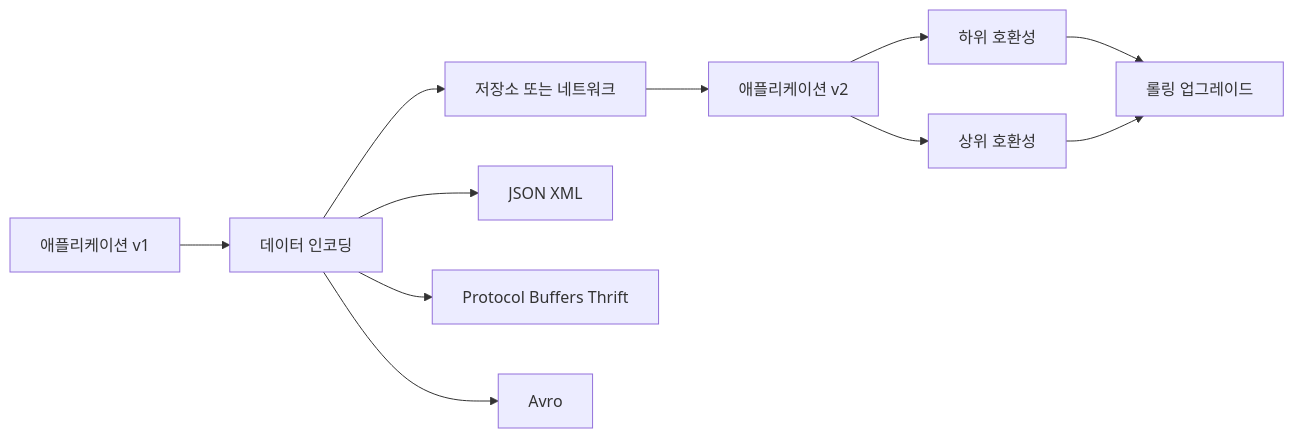
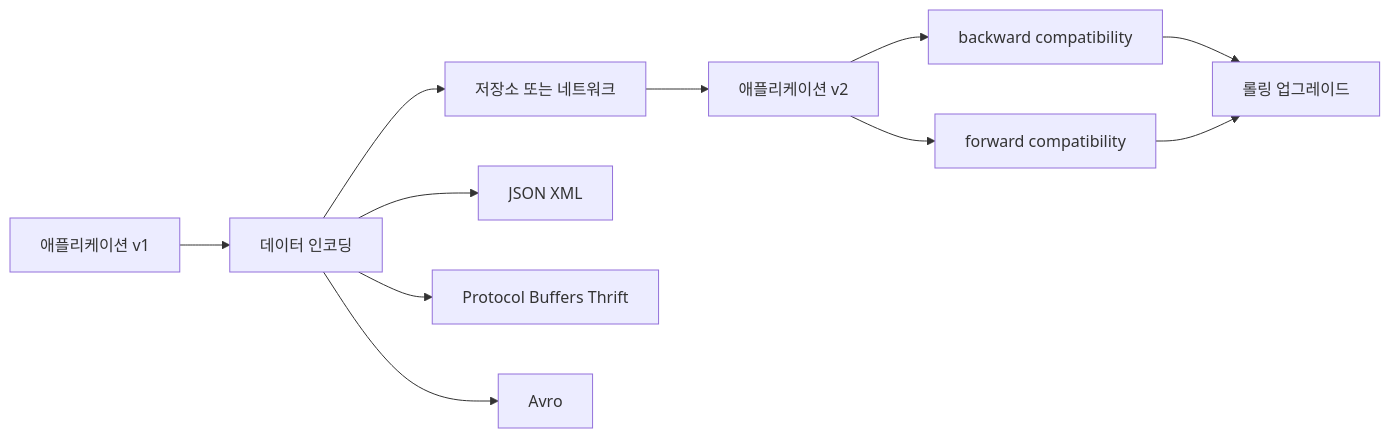
The fourth of 12 diagrams in _wiki/designing-data-intensive-applications.md (currenjin/currenjin.github.io), drawn with Mermaid before and after one commit. The commit also changed other lines of this file, not shown here.

````diff
--- a/_wiki/designing-data-intensive-applications.md
+++ b/_wiki/designing-data-intensive-applications.md
@@ -402,13 +402,13 @@
 ```mermaid
 flowchart LR
   A["애플리케이션 v1"] --> B["데이터 인코딩"]
   B --> C["저장소 또는 네트워크"]
   C --> D["애플리케이션 v2"]
   B --> E["JSON XML"]
   B --> F["Protocol Buffers Thrift"]
   B --> G["Avro"]
-  D --> H["하위 호환성"]
-  D --> I["상위 호환성"]
+  D --> H["backward compatibility"]
+  D --> I["forward compatibility"]
   H --> J["롤링 업그레이드"]
   I --> J
 ```
````
